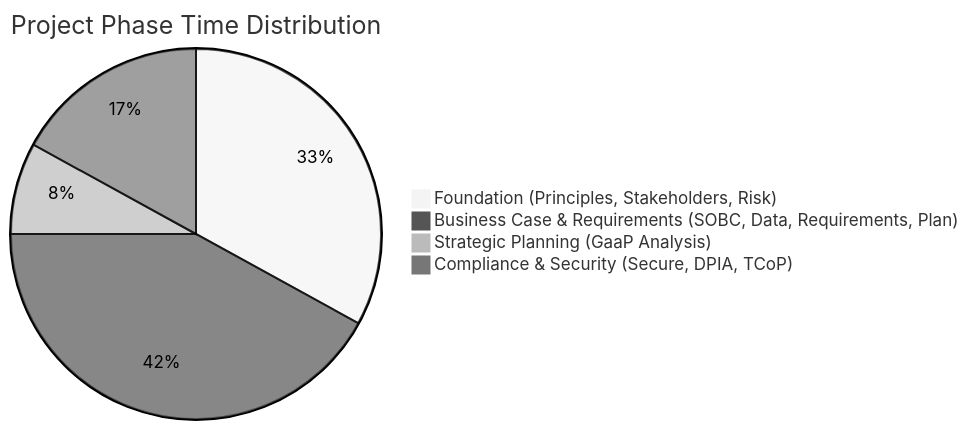
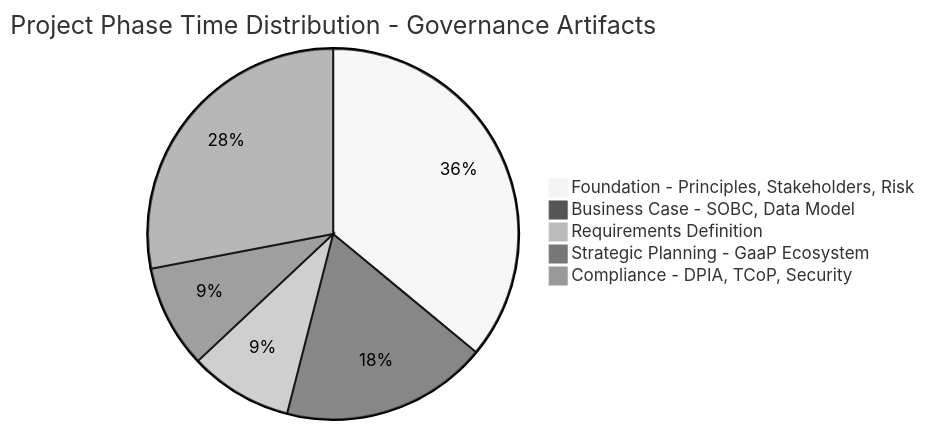
Before and after one commit to tractorjuice/arckit-test-project-v8-ons-data-platform: the third of 9 diagrams in projects/001-ons-data-platform-modernisation/PROJECT-STORY.md, drawn with Mermaid (neutral theme). The commit also changed other lines of this file and 10 other files, not shown here.

First line of the commit message:
docs: update ONS project artifacts to template v0.11.2

````diff
--- a/projects/001-ons-data-platform-modernisation/PROJECT-STORY.md
+++ b/projects/001-ons-data-platform-modernisation/PROJECT-STORY.md
@@ -160,7 +167,8 @@
 ```mermaid
-pie title Project Phase Time Distribution
-    "Foundation (Principles, Stakeholders, Risk)" : 33
-    "Business Case & Requirements (SOBC, Data, Requirements, Plan)" : 42
-    "Strategic Planning (GaaP Analysis)" : 8
-    "Compliance & Security (Secure, DPIA, TCoP)" : 17
+pie title Project Phase Time Distribution - Governance Artifacts
+    "Foundation - Principles, Stakeholders, Risk" : 36
+    "Business Case - SOBC, Data Model" : 18
+    "Requirements Definition" : 9
+    "Strategic Planning - GaaP Ecosystem" : 9
+    "Compliance - DPIA, TCoP, Security" : 28
 ```
````
